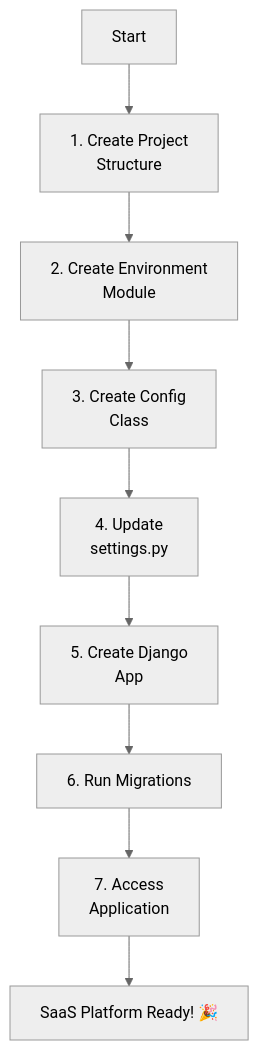
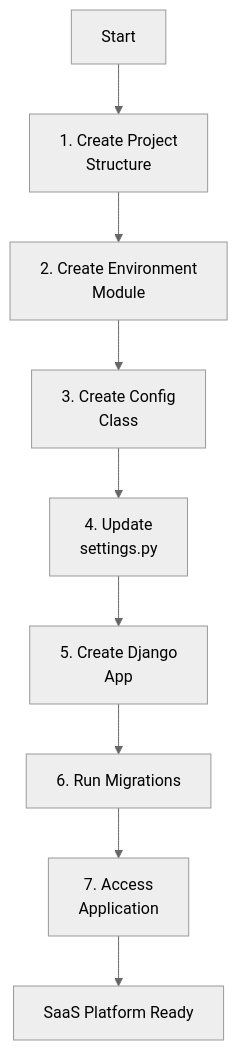
Before and after one commit to markolofsen/django-cfg: the diagram in docs/getting-started/first-project.mdx, drawn with Mermaid (neutral theme). The commit also changed other lines of this file and 356 other files, not shown here.

````diff
--- a/docs/getting-started/first-project.mdx
+++ b/docs/getting-started/first-project.mdx
@@ -19,11 +19,11 @@
 ```mermaid
 graph TB
     START[Start] --> STEP1[1. Create Project<br/>Structure]
     STEP1 --> STEP2[2. Create Environment<br/>Module]
     STEP2 --> STEP3[3. Create Config<br/>Class]
     STEP3 --> STEP4[4. Update<br/>settings.py]
     STEP4 --> STEP5[5. Create Django<br/>App]
     STEP5 --> STEP6[6. Run Migrations]
     STEP6 --> STEP7[7. Access<br/>Application]
-    STEP7 --> END[SaaS Platform Ready! 🎉]
+    STEP7 --> END[SaaS Platform Ready]
 ```
````
